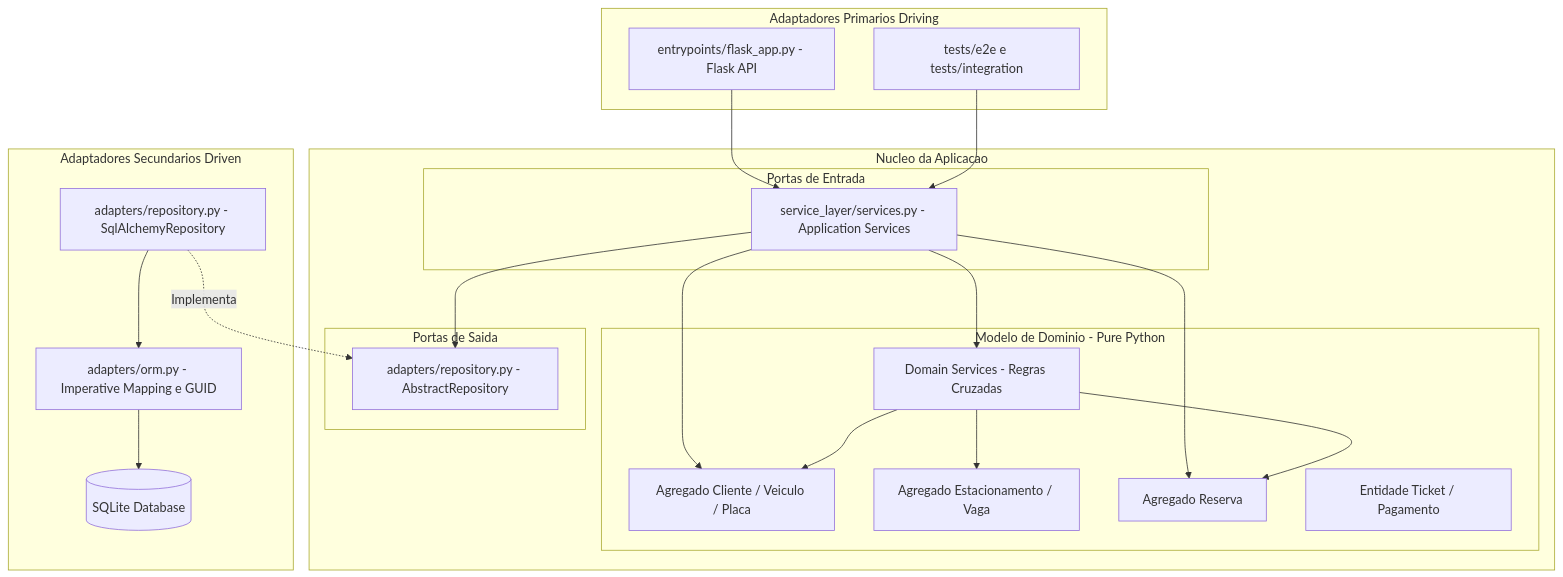
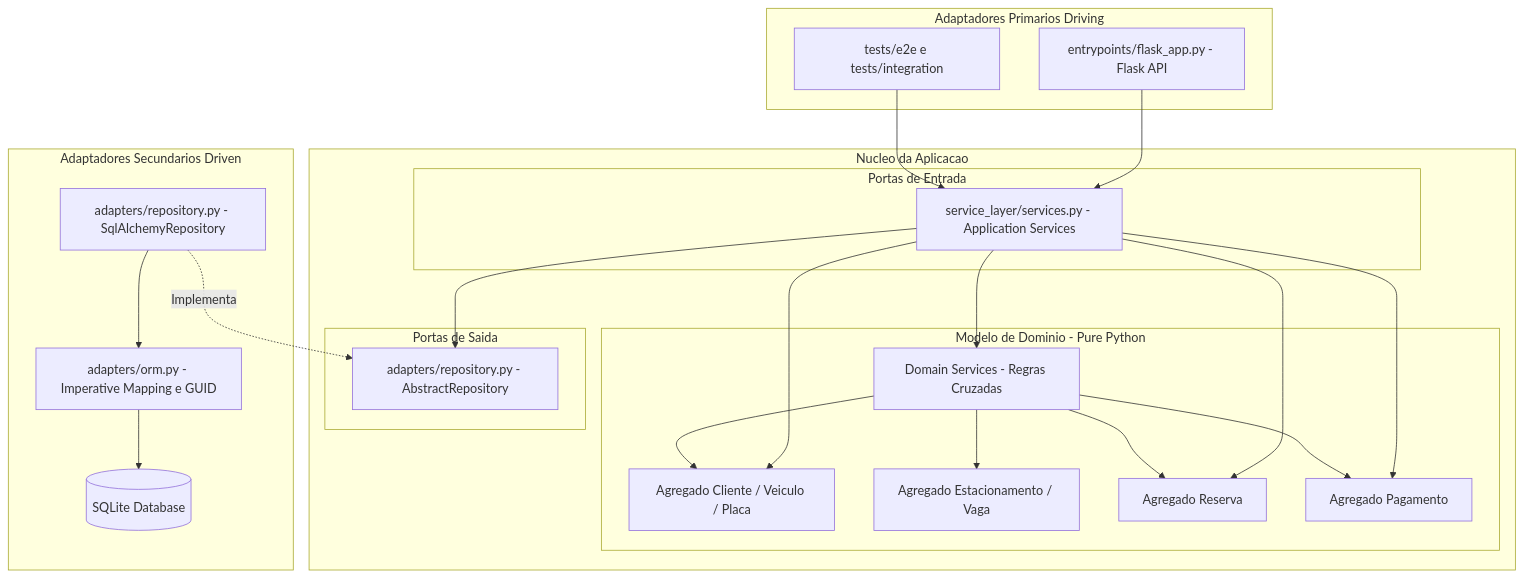
The diagram in RESPOSTAS.md (kndysoares/exAv1-projeto-de-software-hemocentro-bolsa-de-sangue), drawn with Mermaid before and after one commit. The commit also changed other lines of this file, not shown here.

Commit message:
Update RESPOSTAS.md teste
teste

````diff
--- a/RESPOSTAS.md
+++ b/RESPOSTAS.md
@@ -42,47 +42,49 @@
 ```mermaid
 graph TD
     subgraph Driving_Adapters [Adaptadores Primarios Driving]
         FlaskAPI[entrypoints/flask_app.py - Flask API]
         TestRunner[tests/e2e e tests/integration]
     end
 
     subgraph Core [Nucleo da Aplicacao]
         subgraph Ports_Entry [Portas de Entrada]
             ServiceLayer[service_layer/services.py - Application Services]
         end
 
         subgraph Domain [Modelo de Dominio - Pure Python]
             ClienteAggregate[Agregado Cliente / Veiculo / Placa]
             EstacionamentoAggregate[Agregado Estacionamento / Vaga]
             ReservaAggregate[Agregado Reserva]
-            TicketEntity[Entidade Ticket / Pagamento]
+            PagamentoAggregate[Agregado Pagamento]
             DomainServices[Domain Services - Regras Cruzadas]
         end
 
         subgraph Ports_Exit [Portas de Saida]
             AbstractRepo[adapters/repository.py - AbstractRepository]
         end
     end
 
     subgraph Driven_Adapters [Adaptadores Secundarios Driven]
         SqlRepo[adapters/repository.py - SqlAlchemyRepository]
         ORM[adapters/orm.py - Imperative Mapping e GUID]
         DB[(SQLite Database)]
     end
 
     FlaskAPI --> ServiceLayer
     TestRunner --> ServiceLayer
     
     ServiceLayer --> DomainServices
     ServiceLayer --> ClienteAggregate
     ServiceLayer --> ReservaAggregate
+    ServiceLayer --> PagamentoAggregate
     ServiceLayer --> AbstractRepo
 
     DomainServices --> ClienteAggregate
     DomainServices --> EstacionamentoAggregate
     DomainServices --> ReservaAggregate
+    DomainServices --> PagamentoAggregate
 
     SqlRepo -.->|Implementa| AbstractRepo
     SqlRepo --> ORM
     ORM --> DB
 ```
````
